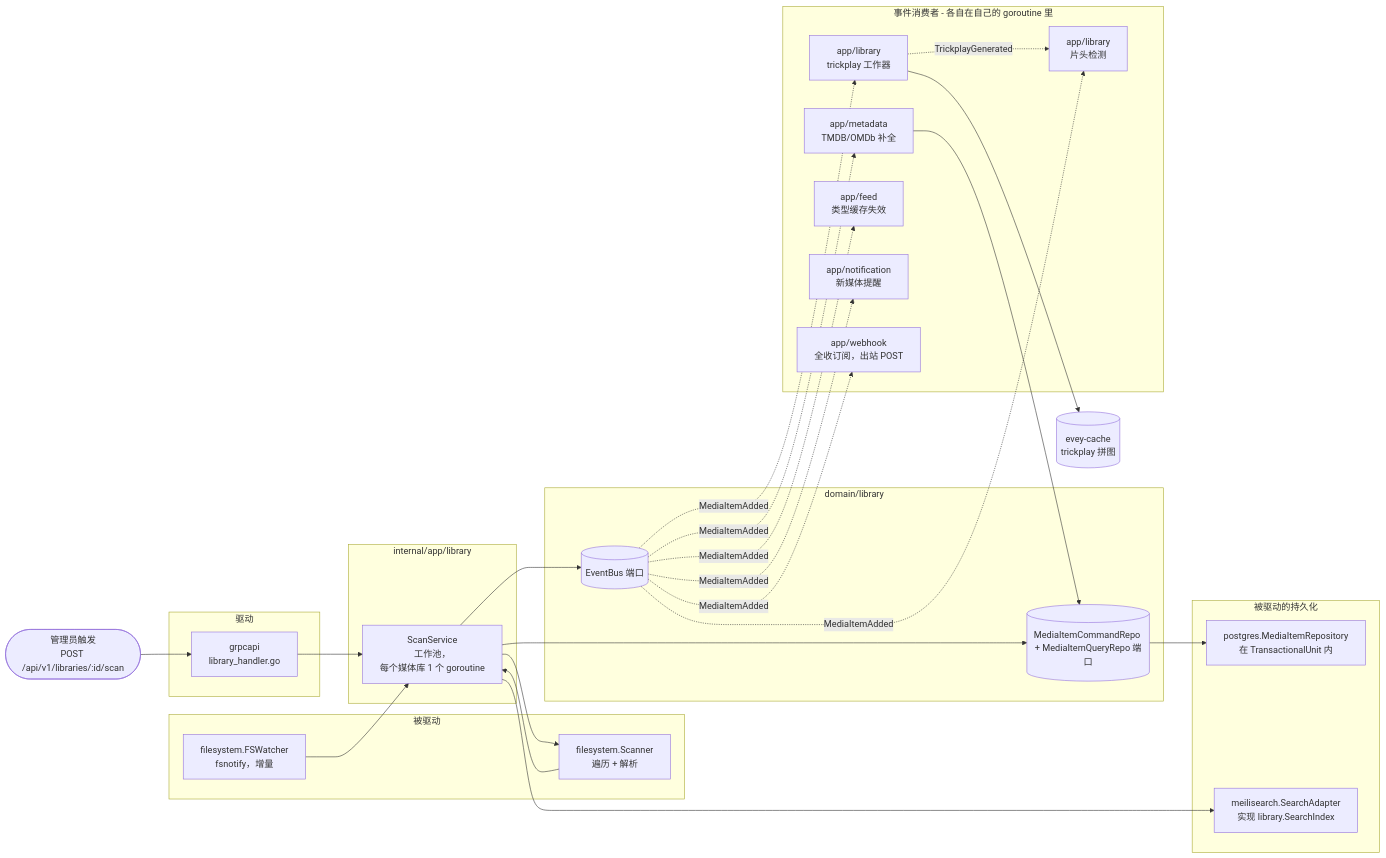
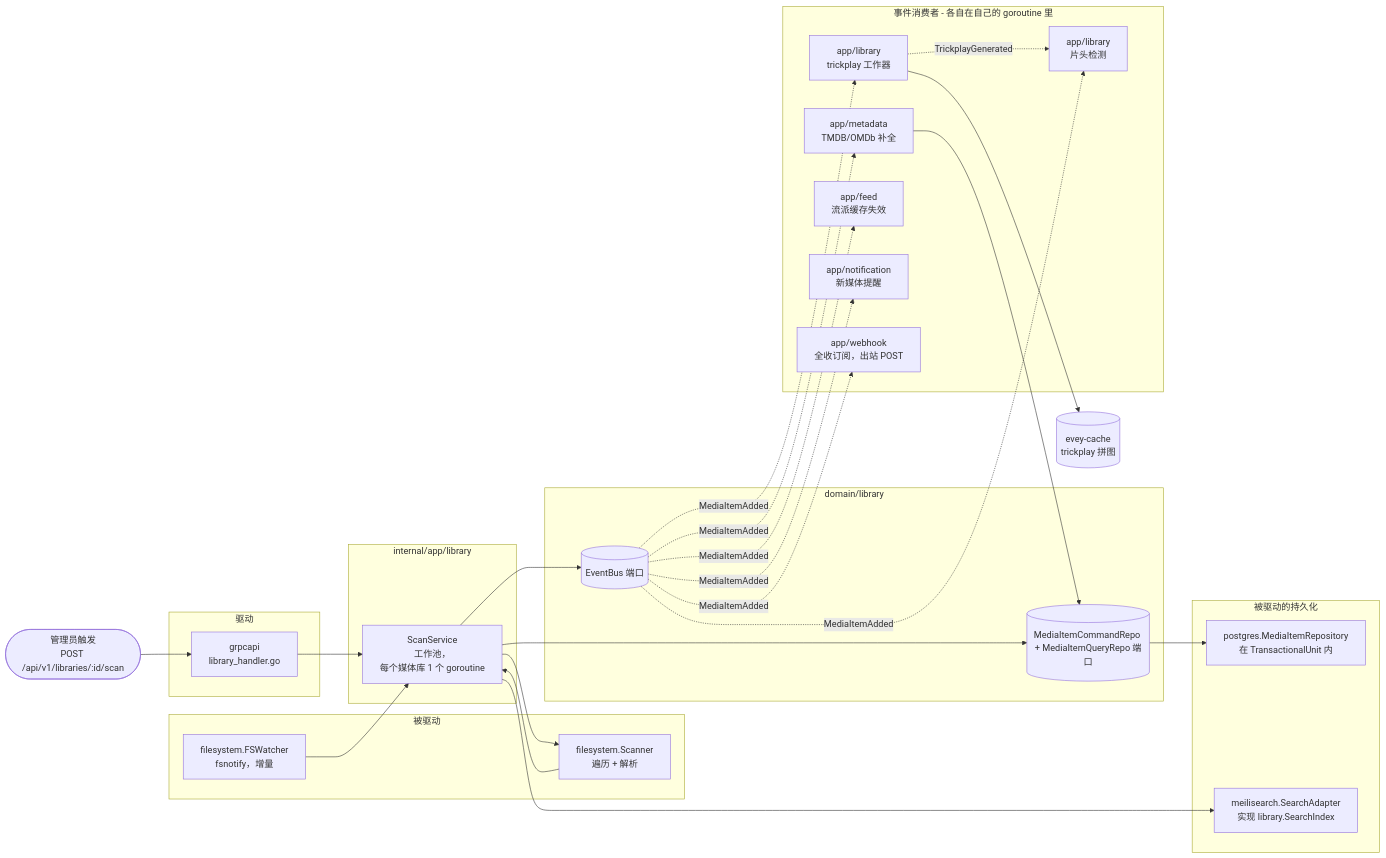
The fifth of 5 diagrams in wiki/translations/zh/ARCHITECTURE.md (eveyproject/evey), drawn with Mermaid before and after one commit. The commit also changed other lines of this file and 56 other files, not shown here.

````diff
--- a/wiki/translations/zh/ARCHITECTURE.md
+++ b/wiki/translations/zh/ARCHITECTURE.md
@@ -327,54 +327,54 @@
 ```mermaid
 flowchart LR
     user([管理员触发<br/>POST /api/v1/libraries/:id/scan])
 
     subgraph driving2[驱动]
         h[grpcapi<br/>library_handler.go]
     end
 
     subgraph appLayer[internal/app/library]
         svc[ScanService<br/>工作池，<br/>每个媒体库 1 个 goroutine]
     end
 
     subgraph drivenScan[被驱动]
         scanner[filesystem.Scanner<br/>遍历 + 解析]
         watcher[filesystem.FSWatcher<br/>fsnotify，增量]
     end
 
     subgraph domainScan[domain/library]
         repo[(MediaItemCommandRepo + MediaItemQueryRepo 端口)]
         bus[(EventBus 端口)]
     end
 
     subgraph persist[被驱动的持久化]
         pgrepo[postgres.MediaItemRepository<br/>在 TransactionalUnit 内]
         searchidx[meilisearch.SearchAdapter<br/>实现 library.SearchIndex]
     end
 
     subgraph consumers[事件消费者 - 各自在自己的 goroutine 里]
         meta[app/metadata<br/>TMDB/OMDb 补全]
         trick[app/library<br/>trickplay 工作器]
         intro[app/library<br/>片头检测]
-        feed[app/feed<br/>类型缓存失效]
+        feed[app/feed<br/>流派缓存失效]
         notif[app/notification<br/>新媒体提醒]
         wh[app/webhook<br/>全收订阅，出站 POST]
     end
 
     user --> h --> svc
     svc --> scanner
     watcher --> svc
     scanner --> svc
     svc --> repo
     repo --> pgrepo
     svc --> searchidx
     svc --> bus
     bus -. MediaItemAdded .-> meta
     bus -. MediaItemAdded .-> trick
     bus -. MediaItemAdded .-> intro
     bus -. MediaItemAdded .-> feed
     bus -. MediaItemAdded .-> notif
     bus -. MediaItemAdded .-> wh
     trick -. TrickplayGenerated .-> intro
     meta --> repo
     trick --> ffstore[(evey-cache<br/>trickplay 拼图)]
 ```
````
